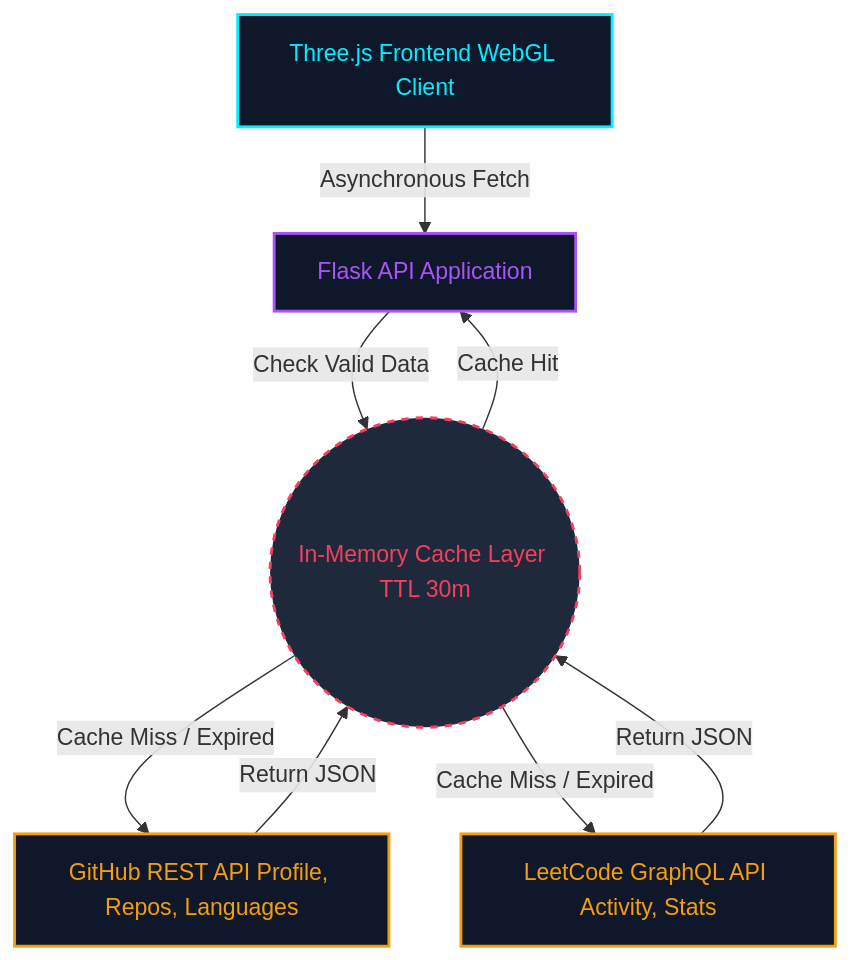
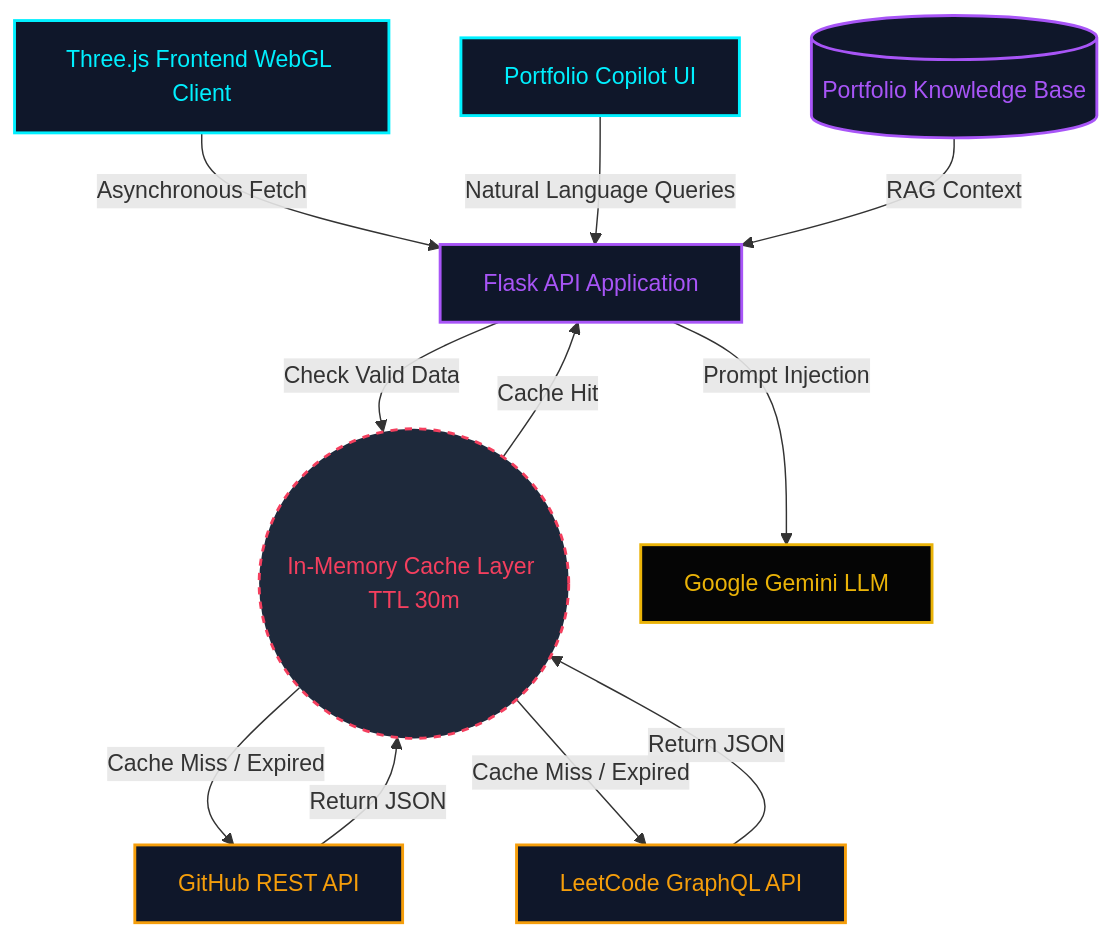
Before and after one commit to rajmaheshwari3001-dev/portfolio: the diagram in README.md, drawn with Mermaid. The commit also changed other lines of this file and 8 other files, not shown here.

Commit message:
feat: integrate offline AI Portfolio Copilot and UI/UX typography enhancements

````diff
--- a/README.md
+++ b/README.md
@@ -17,24 +17,31 @@
 ```mermaid
 graph TD
     %% Styling with vibrant colors
     classDef client fill:#0F172A,stroke:#00F0FF,stroke-width:2px,color:#00F0FF;
     classDef backend fill:#0F172A,stroke:#A855F7,stroke-width:2px,color:#A855F7;
     classDef external fill:#0F172A,stroke:#F59E0B,stroke-width:2px,color:#F59E0B;
     classDef cache fill:#1E293B,stroke:#F43F5E,stroke-width:2px,stroke-dasharray: 5 5,color:#F43F5E;
+    classDef ai fill:#050505,stroke:#EAB308,stroke-width:2px,color:#EAB308;
 
     %% Nodes
     A[Three.js Frontend WebGL Client]:::client
+    F[Portfolio Copilot UI]:::client
     B[Flask API Application]:::backend
     C((In-Memory Cache Layer TTL 30m)):::cache
-    D[GitHub REST API Profile, Repos, Languages]:::external
-    E[LeetCode GraphQL API Activity, Stats]:::external
+    D[GitHub REST API]:::external
+    E[LeetCode GraphQL API]:::external
+    G[Google Gemini LLM]:::ai
+    H[(Portfolio Knowledge Base)]:::backend
 
     %% Relationships
     A -- Asynchronous Fetch --> B
+    F -- Natural Language Queries --> B
     B -- Check Valid Data --> C
+    B -- Prompt Injection --> G
+    H -- RAG Context --> B
     C -- Cache Miss / Expired --> D
     C -- Cache Miss / Expired --> E
     D -- Return JSON --> C
     E -- Return JSON --> C
     C -- Cache Hit --> B
 ```
````
